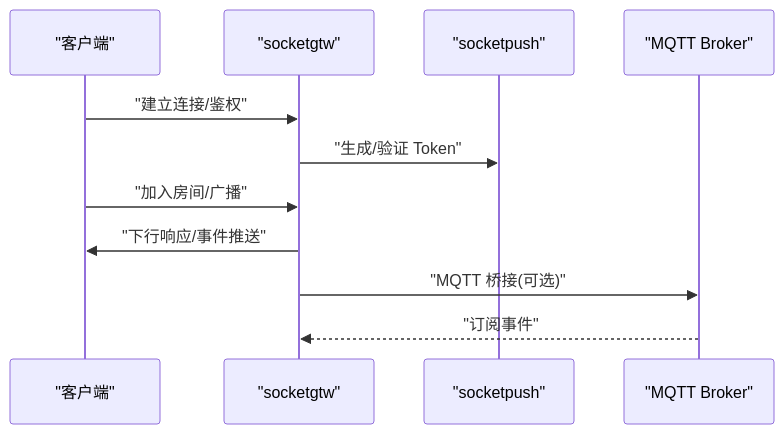
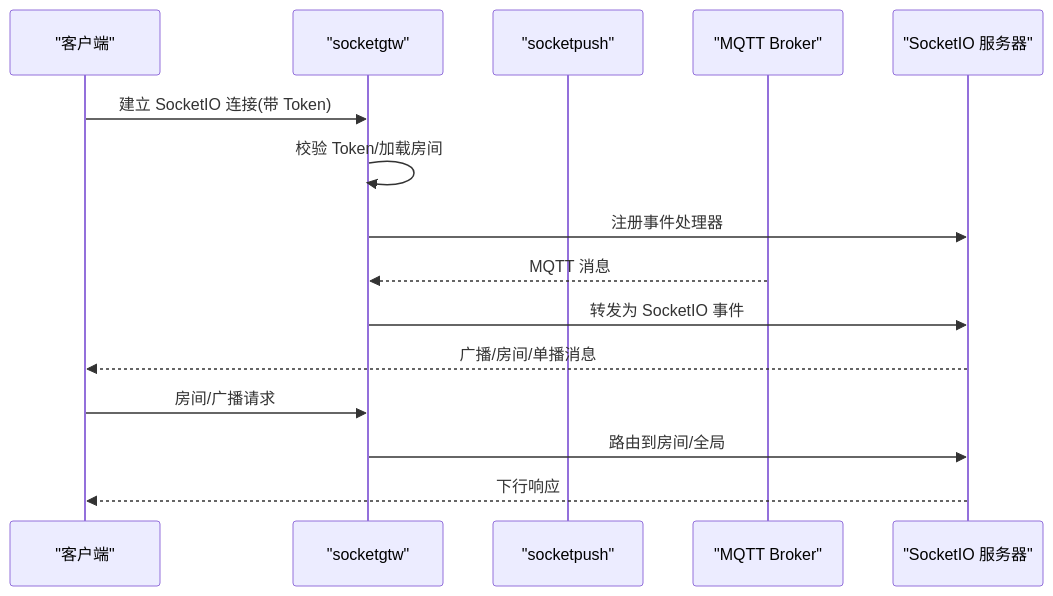
The fifth of 6 diagrams in .qoder/repowiki/zh/content/项目概述/项目概述.md (maomao94/zero-service), drawn with Mermaid before and after one commit. The commit also changed other lines of this file and 362 other files, not shown here.

````diff
--- a/.qoder/repowiki/zh/content/项目概述/项目概述.md
+++ b/.qoder/repowiki/zh/content/项目概述/项目概述.md
@@ -271,13 +208,17 @@
 ```mermaid
 sequenceDiagram
-participant CLIENT as "客户端"
-participant SGTW as "socketgtw"
-participant SPUSH as "socketpush"
-participant MQTT as "MQTT Broker"
-CLIENT->>SGTW : "建立连接/鉴权"
-SGTW->>SPUSH : "生成/验证 Token"
-CLIENT->>SGTW : "加入房间/广播"
-SGTW->>CLIENT : "下行响应/事件推送"
-SGTW->>MQTT : "MQTT 桥接(可选)"
-MQTT-->>SGTW : "订阅事件"
+participant Client as "客户端"
+participant Gtw as "socketgtw"
+participant Push as "socketpush"
+participant MQ as "MQTT Broker"
+participant SIO as "SocketIO 服务器"
+Client->>Gtw : 建立 SocketIO 连接(带 Token)
+Gtw->>Gtw : 校验 Token/加载房间
+Gtw->>SIO : 注册事件处理器
+MQ-->>Gtw : MQTT 消息
+Gtw->>SIO : 转发为 SocketIO 事件
+SIO-->>Client : 广播/房间/单播消息
+Client->>Gtw : 房间/广播请求
+Gtw->>SIO : 路由到房间/全局
+SIO-->>Client : 下行响应
 ```
````
